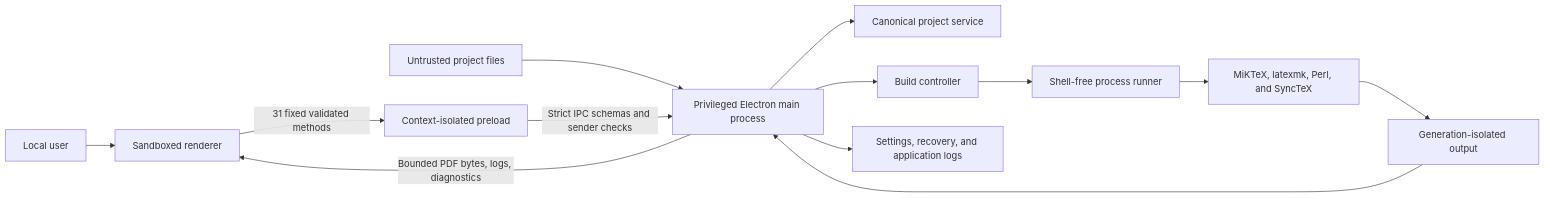
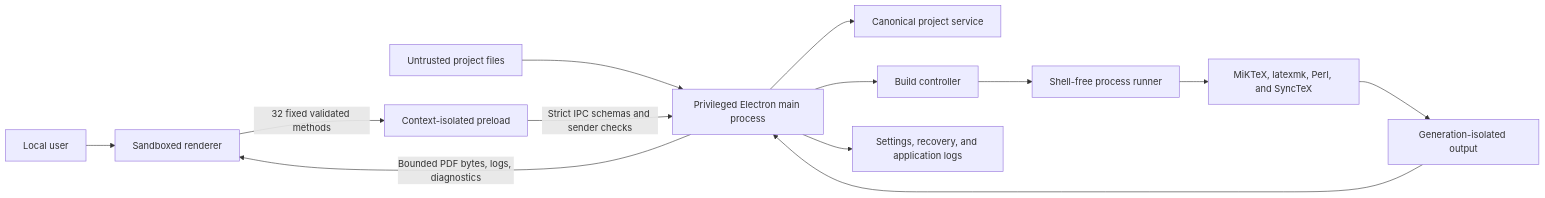
The diagram in docs/THREAT_MODEL.md (pasan3251/TeXPulse-Studio), drawn with Mermaid before and after one commit. The commit also changed other lines of this file and 25 other files, not shown here.

````diff
--- a/docs/THREAT_MODEL.md
+++ b/docs/THREAT_MODEL.md
@@ -53,15 +53,15 @@
 ```mermaid
 flowchart LR
   U["Local user"] --> R["Sandboxed renderer"]
   P["Untrusted project files"] --> M["Privileged Electron main process"]
-  R -->|"31 fixed validated methods"| L["Context-isolated preload"]
+  R -->|"32 fixed validated methods"| L["Context-isolated preload"]
   L -->|"Strict IPC schemas and sender checks"| M
   M --> F["Canonical project service"]
   M --> B["Build controller"]
   M --> S["Settings, recovery, and application logs"]
   B --> C["Shell-free process runner"]
   C --> T["MiKTeX, latexmk, Perl, and SyncTeX"]
   T --> O["Generation-isolated output"]
   O --> M
   M -->|"Bounded PDF bytes, logs, diagnostics"| R
 ```
````
